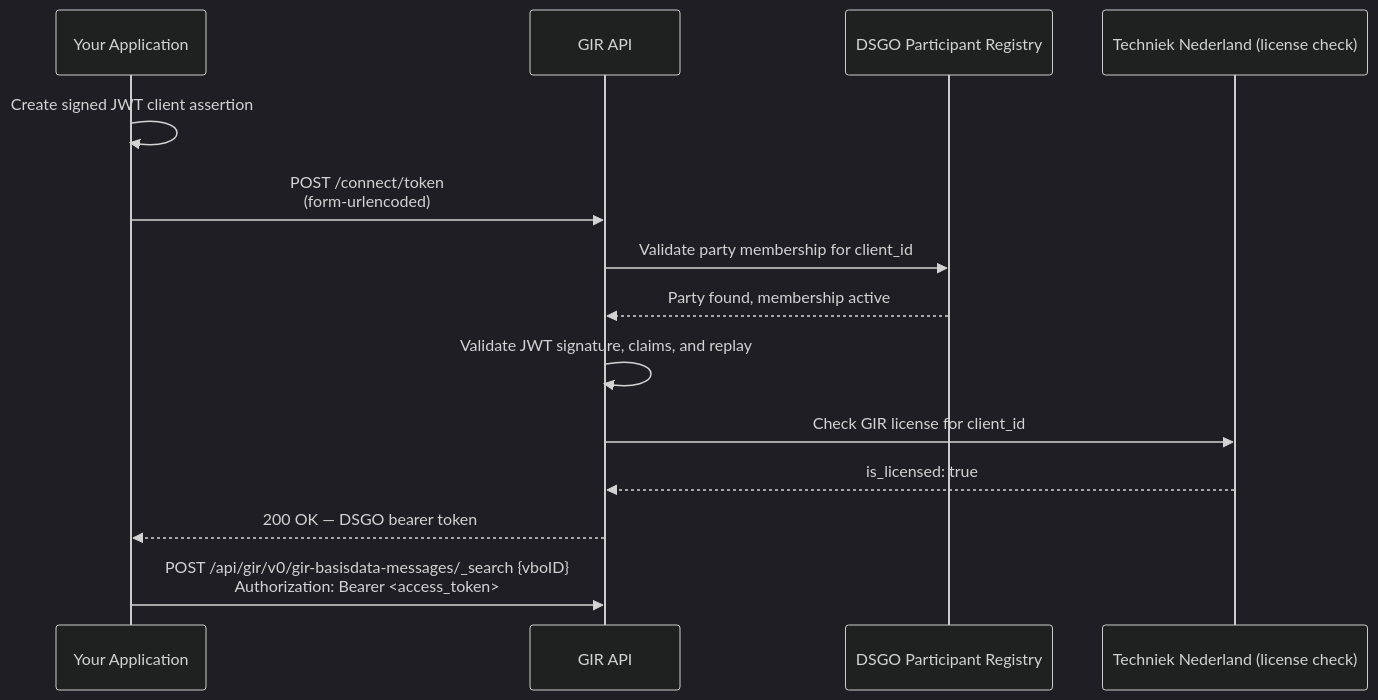
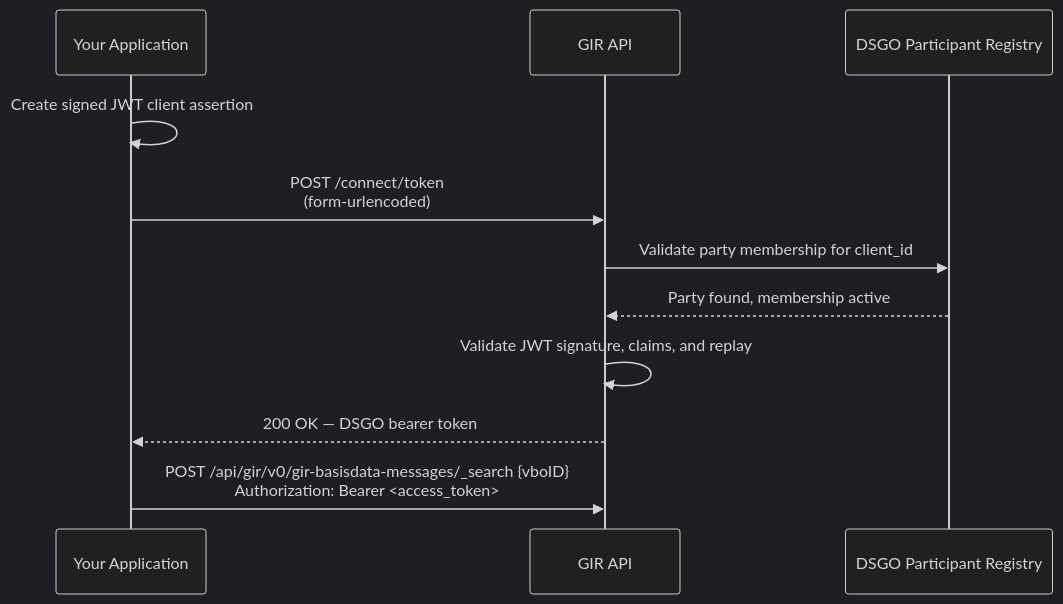
One commit to POORT8/Poort8.Docs changed the diagram in gir/connect-token.md. Above: the diagram before and after it, drawn with Mermaid (dark theme). The commit also changed other lines of this file, not shown here.

Commit message:
Deploy gir docs: d30d8de56b671a780c7e8d722a11e92073665d4f

````diff
--- a/gir/connect-token.md
+++ b/gir/connect-token.md
@@ -30,17 +29,14 @@
 ```mermaid
 sequenceDiagram
     participant App as Your Application
     participant GIR as GIR API
     participant SAT as DSGO Participant Registry
-    participant TN as Techniek Nederland (license check)
 
     App->>App: Create signed JWT client assertion
     App->>GIR: POST /connect/token<br/>(form-urlencoded)
     GIR->>SAT: Validate party membership for client_id
     SAT-->>GIR: Party found, membership active
     GIR->>GIR: Validate JWT signature, claims, and replay
-    GIR->>TN: Check GIR license for client_id
-    TN-->>GIR: is_licensed: true
     GIR-->>App: 200 OK — DSGO bearer token
     App->>GIR: POST /api/gir/v0/gir-basisdata-messages/_search {vboID}<br/>Authorization: Bearer <access_token>
 ```
````
